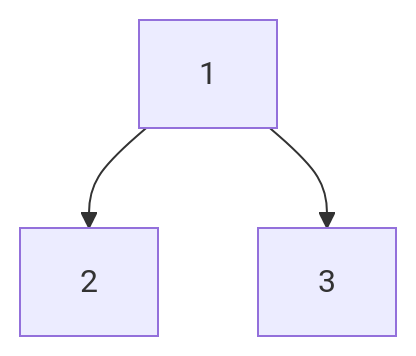
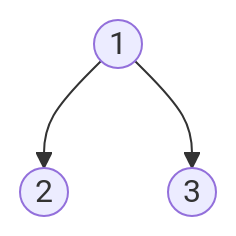
The eighth of 28 diagrams in cst/6binnode/Ex6a1binnode.md (3strategy/BeautifulMivney), drawn with Mermaid before and after one commit. The commit also changed other lines of this file and 3 other files, not shown here.

````diff
--- a/cst/6binnode/Ex6a1binnode.md
+++ b/cst/6binnode/Ex6a1binnode.md
@@ -145,5 +145,5 @@
     ```mermaid
     flowchart TB
-      A[1] --> B[2]:::leaf
-      A --> C[3]:::leaf
+      A((1)) --> B((2)):::leaf
+      A --> C((3)):::leaf
     ```
````
